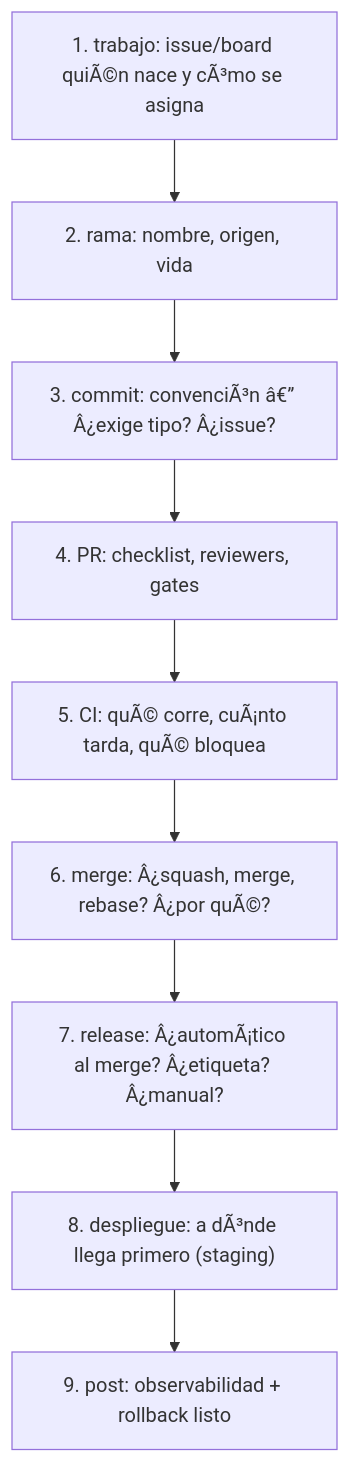
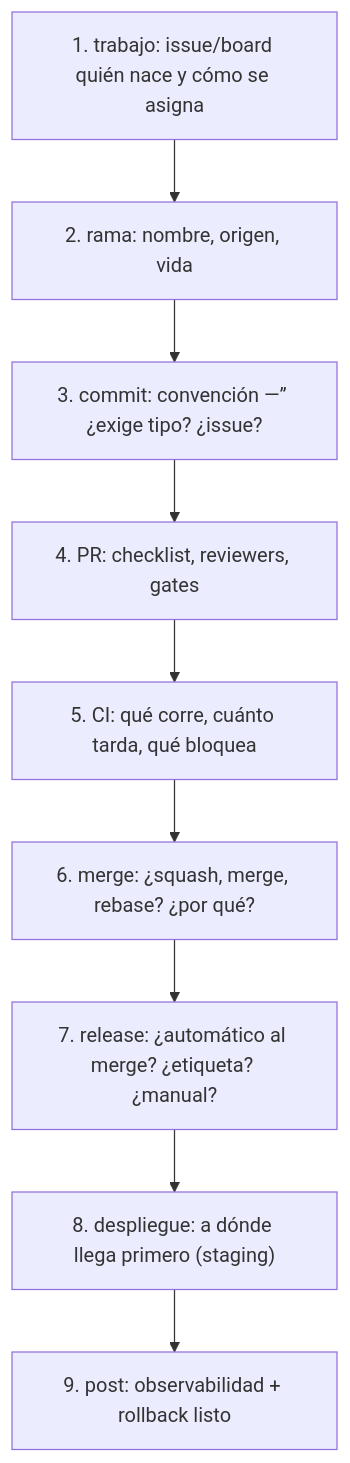
Before and after one commit to jorgesislema/github-paso-a-paso: the second of 2 diagrams in 26-nivel-senior/01-diseno-de-workflows-y-estrategias-de-ramas.md, drawn with Mermaid. The commit also changed other lines of this file, not shown here.

````diff
--- a/26-nivel-senior/01-diseno-de-workflows-y-estrategias-de-ramas.md
+++ b/26-nivel-senior/01-diseno-de-workflows-y-estrategias-de-ramas.md
@@ -108,11 +108,11 @@
 ```mermaid
 flowchart TD
-    A["1. trabajo: issue/board quiÃ©n nace y cÃ³mo se asigna"] --> B["2. rama: nombre, origen, vida"]
-    B --> C["3. commit: convenciÃ³n â€” Â¿exige tipo? Â¿issue?"]
+    A["1. trabajo: issue/board quién nace y cómo se asigna"] --> B["2. rama: nombre, origen, vida"]
+    B --> C["3. commit: convención —” ¿exige tipo? ¿issue?"]
     C --> D["4. PR: checklist, reviewers, gates"]
-    D --> E["5. CI: quÃ© corre, cuÃ¡nto tarda, quÃ© bloquea"]
-    E --> F["6. merge: Â¿squash, merge, rebase? Â¿por quÃ©?"]
-    F --> G["7. release: Â¿automÃ¡tico al merge? Â¿etiqueta? Â¿manual?"]
-    G --> H["8. despliegue: a dÃ³nde llega primero (staging)"]
+    D --> E["5. CI: qué corre, cuánto tarda, qué bloquea"]
+    E --> F["6. merge: ¿squash, merge, rebase? ¿por qué?"]
+    F --> G["7. release: ¿automático al merge? ¿etiqueta? ¿manual?"]
+    G --> H["8. despliegue: a dónde llega primero (staging)"]
     H --> I["9. post: observabilidad + rollback listo"]
 ```
````
